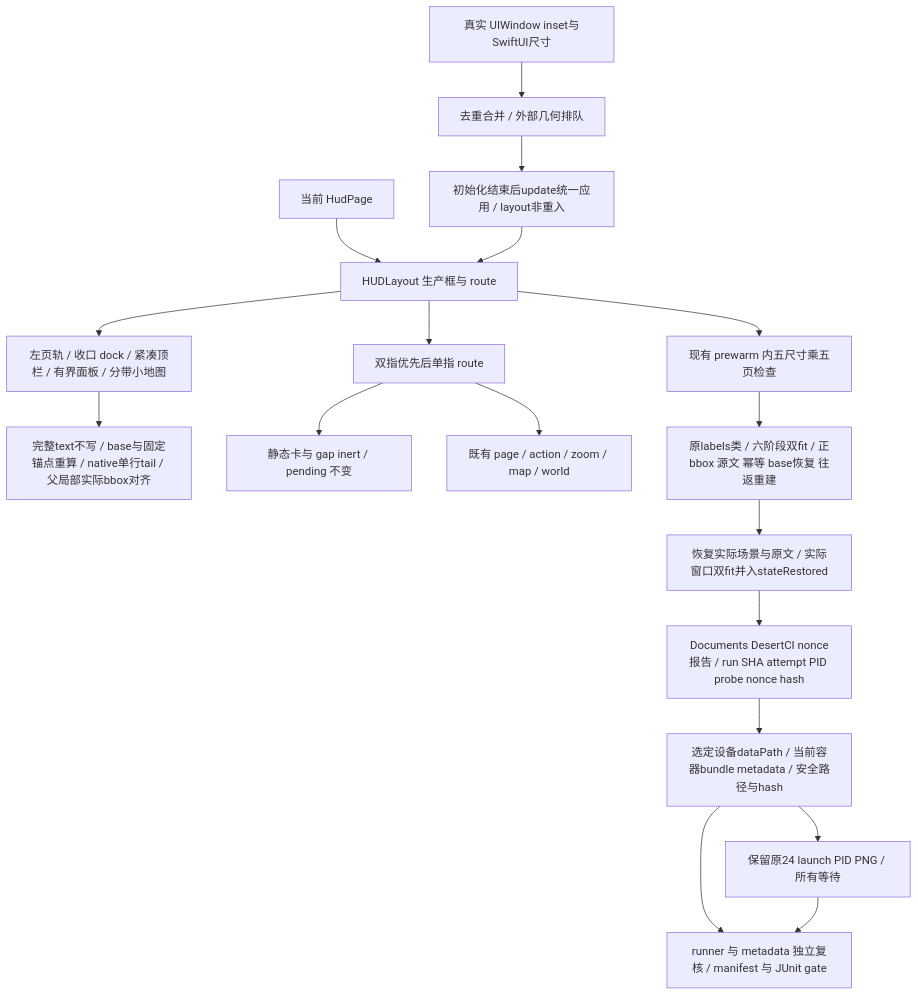
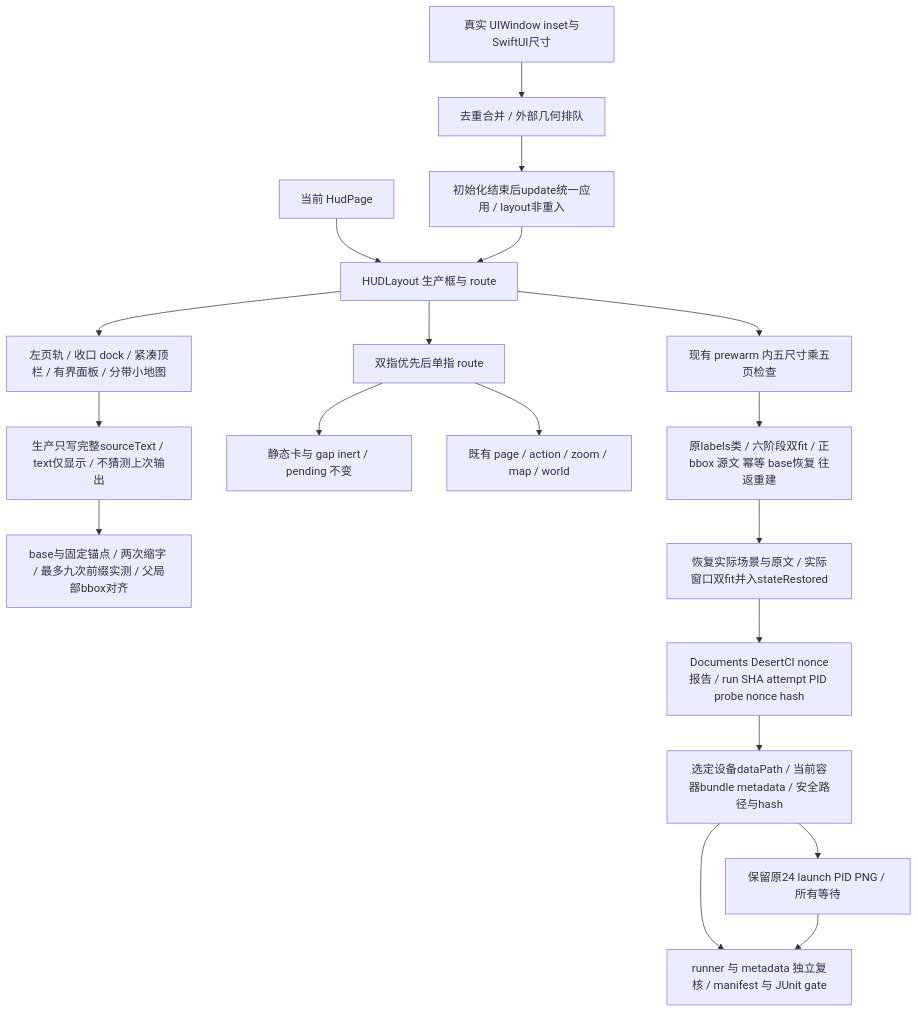
Before and after one commit to Altman-sam114/1145: the fourth of 8 diagrams in md/flow/flowchart.md, drawn with Mermaid. The commit also changed other lines of this file and 8 other files, not shown here.

````diff
--- a/md/flow/flowchart.md
+++ b/md/flow/flowchart.md
@@ -193,20 +193,21 @@
 ```mermaid
 flowchart TD
   Window[真实 UIWindow inset与SwiftUI尺寸] --> Pending[去重合并 / 外部几何排队]
   Pending --> SceneInsets[初始化结束后update统一应用 / layout非重入]
   Page[当前 HudPage] --> Layout[HUDLayout 生产框与 route]
   SceneInsets --> Layout
   Layout --> Draw[左页轨 / 收口 dock / 紧凑顶栏 / 有界面板 / 分带小地图]
-  Draw --> Fit[完整text不写 / base与固定锚点重算 / native单行tail / 父局部实际bbox对齐]
+  Draw --> Source[生产只写完整sourceText / text仅显示 / 不猜测上次输出]
+  Source --> Fit[base与固定锚点 / 两次缩字 / 最多九次前缀实测 / 父局部bbox对齐]
   Layout --> Touch[双指优先后单指 route]
   Touch --> Inert[静态卡与 gap inert / pending 不变]
   Touch --> Command[既有 page / action / zoom / map / world]
   Layout --> SwiftContract[现有 prewarm 内五尺寸乘五页检查]
   SwiftContract --> LabelAudit[原labels类 / 六阶段双fit / 正bbox 源文 幂等 base恢复 往返重建]
   LabelAudit --> Restore[恢复实际场景与原文 / 实际窗口双fit并入stateRestored]
   Restore --> JSON[Documents DesertCI nonce报告 / run SHA attempt PID probe nonce hash]
   JSON --> Read[选定设备dataPath / 当前容器bundle metadata / 安全路径与hash]
   Read --> Gate[runner 与 metadata 独立复核 / manifest 与 JUnit gate]
   Read --> Capture[保留原24 launch PID PNG / 所有等待]
   Capture --> Gate
 ```
````
